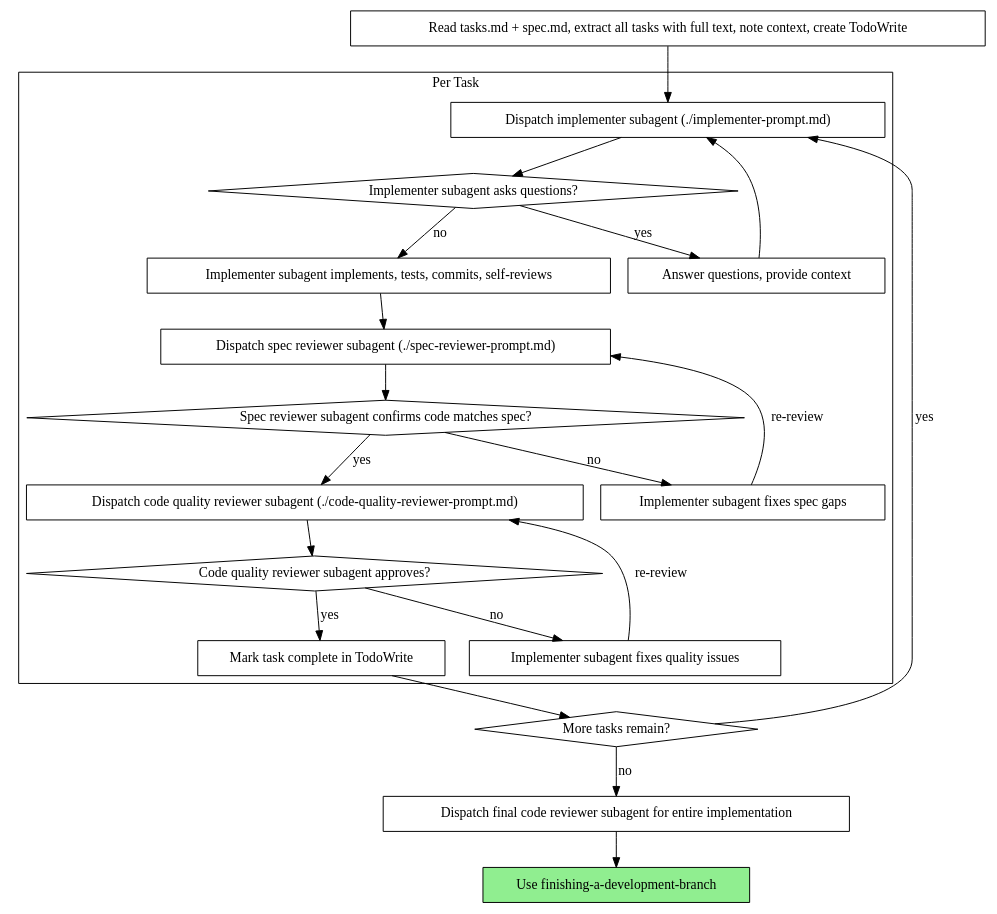
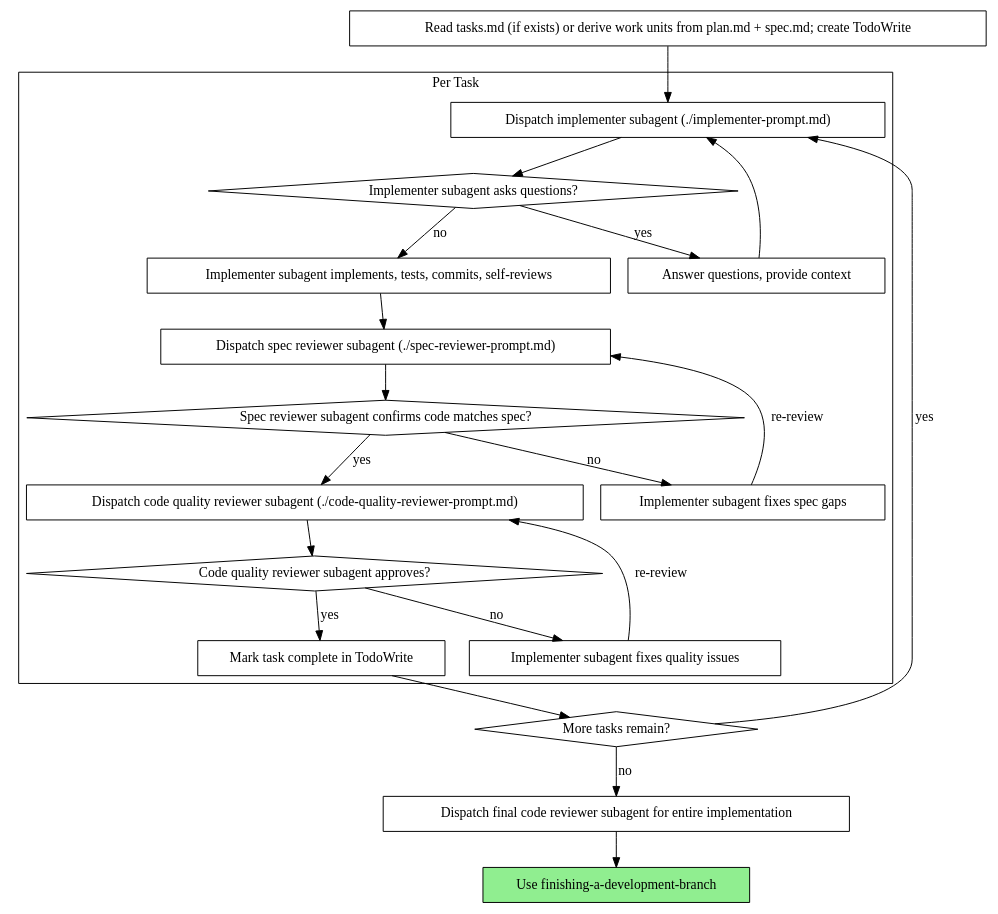
The second of 2 diagrams in skills/subagent-driven-development/SKILL.md (hllj/sdd-superpowers), drawn with Graphviz before and after one commit. The commit also changed other lines of this file and 11 other files, not shown here.

First line of the commit message:
feat(018): eliminate sdd-tasks — sdd-execute drives implementation directly from plan.md (#33)

````diff
--- a/skills/subagent-driven-development/SKILL.md
+++ b/skills/subagent-driven-development/SKILL.md
@@ -55,44 +65,44 @@
 ```dot
 digraph process {
     rankdir=TB;
 
     subgraph cluster_per_task {
         label="Per Task";
         "Dispatch implementer subagent (./implementer-prompt.md)" [shape=box];
         "Implementer subagent asks questions?" [shape=diamond];
         "Answer questions, provide context" [shape=box];
         "Implementer subagent implements, tests, commits, self-reviews" [shape=box];
         "Dispatch spec reviewer subagent (./spec-reviewer-prompt.md)" [shape=box];
         "Spec reviewer subagent confirms code matches spec?" [shape=diamond];
         "Implementer subagent fixes spec gaps" [shape=box];
         "Dispatch code quality reviewer subagent (./code-quality-reviewer-prompt.md)" [shape=box];
         "Code quality reviewer subagent approves?" [shape=diamond];
         "Implementer subagent fixes quality issues" [shape=box];
         "Mark task complete in TodoWrite" [shape=box];
     }
 
-    "Read tasks.md + spec.md, extract all tasks with full text, note context, create TodoWrite" [shape=box];
+    "Read tasks.md (if exists) or derive work units from plan.md + spec.md; create TodoWrite" [shape=box];
     "More tasks remain?" [shape=diamond];
     "Dispatch final code reviewer subagent for entire implementation" [shape=box];
     "Use finishing-a-development-branch" [shape=box style=filled fillcolor=lightgreen];
 
-    "Read tasks.md + spec.md, extract all tasks with full text, note context, create TodoWrite" -> "Dispatch implementer subagent (./implementer-prompt.md)";
+    "Read tasks.md (if exists) or derive work units from plan.md + spec.md; create TodoWrite" -> "Dispatch implementer subagent (./implementer-prompt.md)";
     "Dispatch implementer subagent (./implementer-prompt.md)" -> "Implementer subagent asks questions?";
     "Implementer subagent asks questions?" -> "Answer questions, provide context" [label="yes"];
     "Answer questions, provide context" -> "Dispatch implementer subagent (./implementer-prompt.md)";
     "Implementer subagent asks questions?" -> "Implementer subagent implements, tests, commits, self-reviews" [label="no"];
     "Implementer subagent implements, tests, commits, self-reviews" -> "Dispatch spec reviewer subagent (./spec-reviewer-prompt.md)";
     "Dispatch spec reviewer subagent (./spec-reviewer-prompt.md)" -> "Spec reviewer subagent confirms code matches spec?";
     "Spec reviewer subagent confirms code matches spec?" -> "Implementer subagent fixes spec gaps" [label="no"];
     "Implementer subagent fixes spec gaps" -> "Dispatch spec reviewer subagent (./spec-reviewer-prompt.md)" [label="re-review"];
     "Spec reviewer subagent confirms code matches spec?" -> "Dispatch code quality reviewer subagent (./code-quality-reviewer-prompt.md)" [label="yes"];
     "Dispatch code quality reviewer subagent (./code-quality-reviewer-prompt.md)" -> "Code quality reviewer subagent approves?";
     "Code quality reviewer subagent approves?" -> "Implementer subagent fixes quality issues" [label="no"];
     "Implementer subagent fixes quality issues" -> "Dispatch code quality reviewer subagent (./code-quality-reviewer-prompt.md)" [label="re-review"];
     "Code quality reviewer subagent approves?" -> "Mark task complete in TodoWrite" [label="yes"];
     "Mark task complete in TodoWrite" -> "More tasks remain?";
     "More tasks remain?" -> "Dispatch implementer subagent (./implementer-prompt.md)" [label="yes"];
     "More tasks remain?" -> "Dispatch final code reviewer subagent for entire implementation" [label="no"];
     "Dispatch final code reviewer subagent for entire implementation" -> "Use finishing-a-development-branch";
 }
 ```
````
